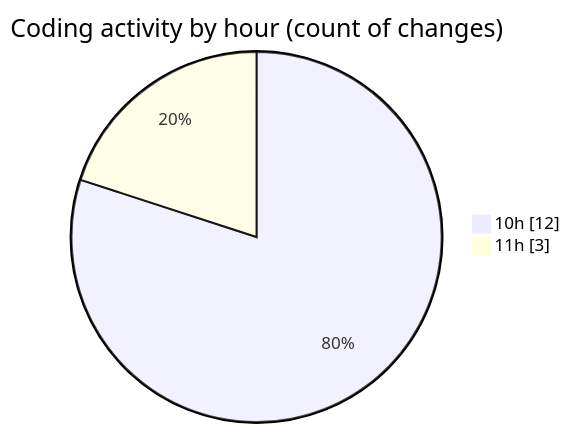
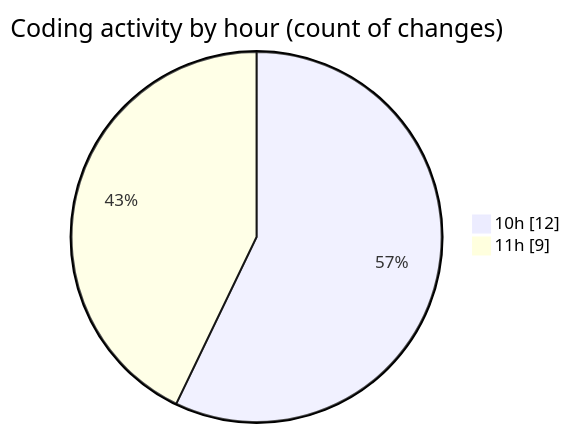
The second of 2 diagrams in 2025-06-20/nxtqube_webapp/README.md (nxtqubesakshisongat/code-tracking), drawn with Mermaid before and after one commit. The commit also changed other lines of this file and 1 other file, not shown here.

````diff
--- a/2025-06-20/nxtqube_webapp/README.md
+++ b/2025-06-20/nxtqube_webapp/README.md
@@ -30,6 +32,6 @@
 ```mermaid
 pie showData
 title Coding activity by hour (count of changes)
 "10h" : 12
-"11h" : 3
+"11h" : 9
 ```
````
